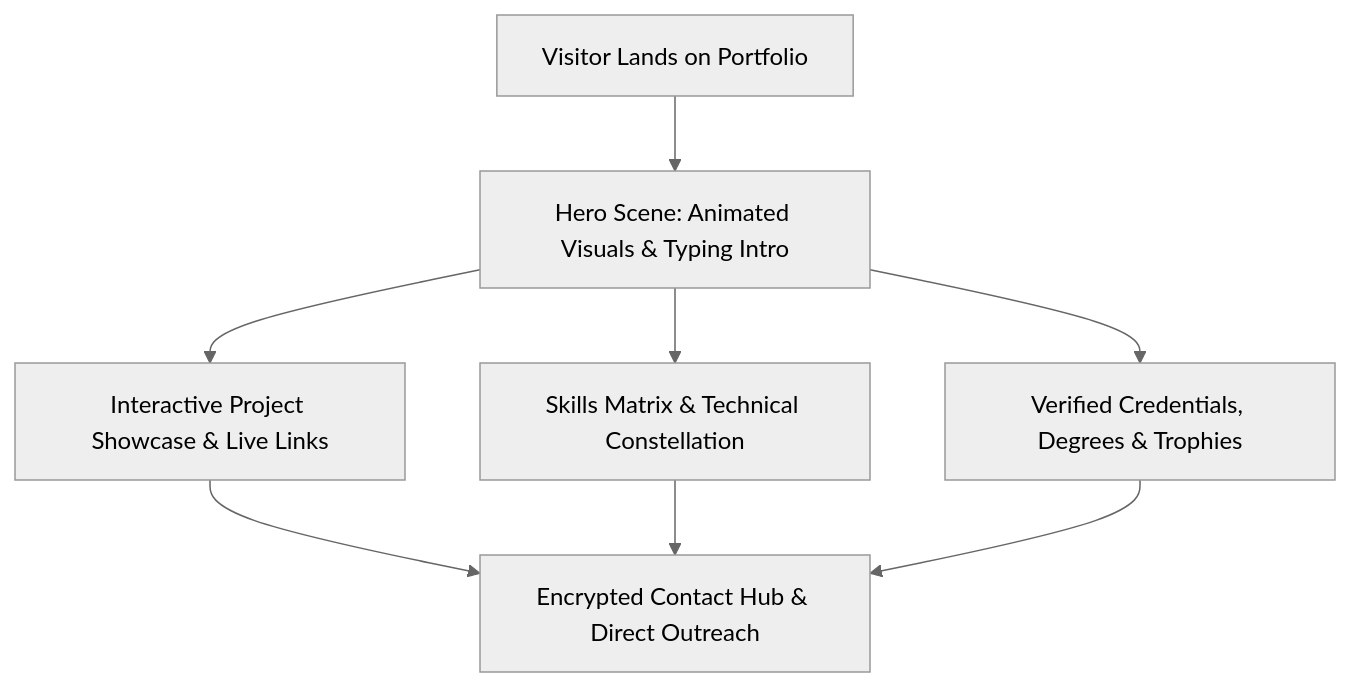
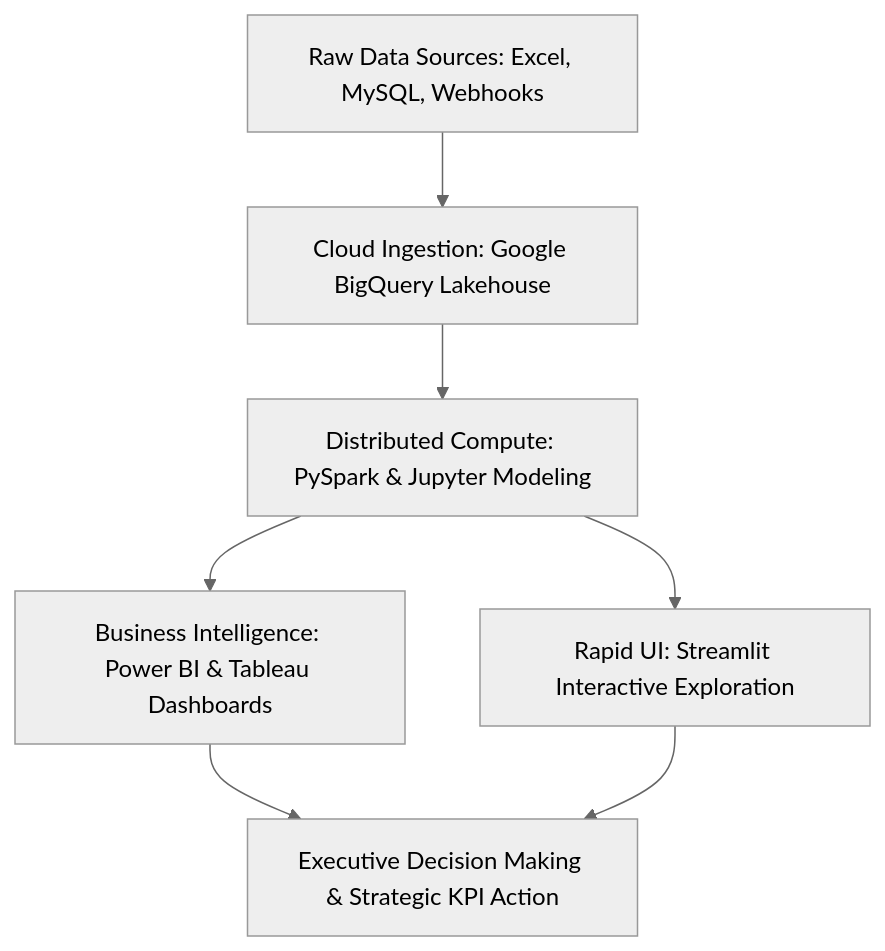
Before and after one commit to Akshay-Notfound/Personal-Professional-Portfolio: the diagram in README.md, drawn with Mermaid (neutral theme). The commit also changed other lines of this file and 4 other files, not shown here.

````diff
--- a/README.md
+++ b/README.md
@@ -34,10 +117,9 @@
 ```mermaid
 flowchart TD
-    A[Visitor Lands on Portfolio] --> B[Hero Scene: Animated Visuals & Typing Intro]
-    B --> C[Interactive Project Showcase & Live Links]
-    B --> D[Skills Matrix & Technical Constellation]
-    B --> E[Verified Credentials, Degrees & Trophies]
-    C --> F[Encrypted Contact Hub & Direct Outreach]
-    D --> F
+    A[Raw Data Sources: Excel, MySQL, Webhooks] --> B[Cloud Ingestion: Google BigQuery Lakehouse]
+    B --> C[Distributed Compute: PySpark & Jupyter Modeling]
+    C --> D[Business Intelligence: Power BI & Tableau Dashboards]
+    C --> E[Rapid UI: Streamlit Interactive Exploration]
+    D --> F[Executive Decision Making & Strategic KPI Action]
     E --> F
 ```
````
